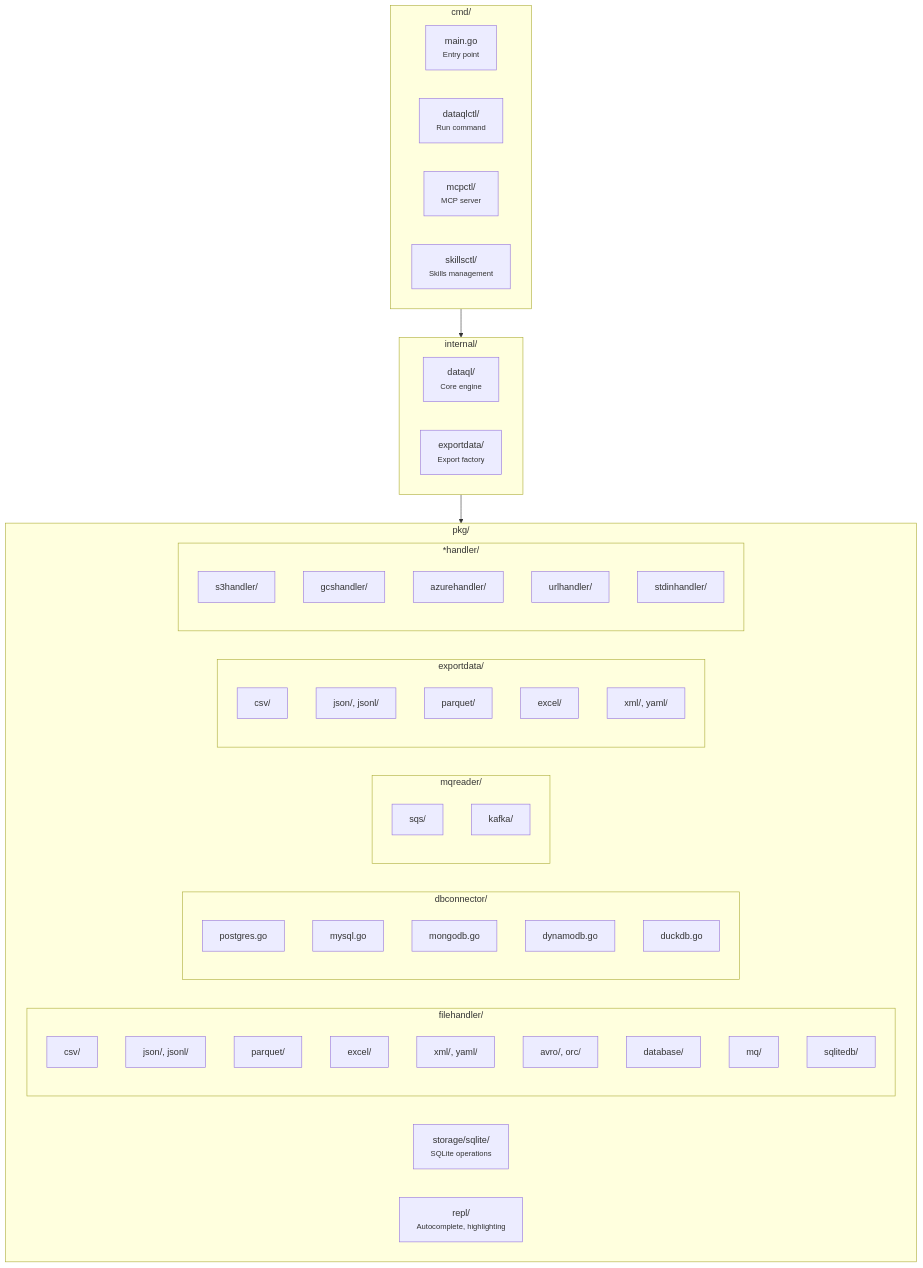
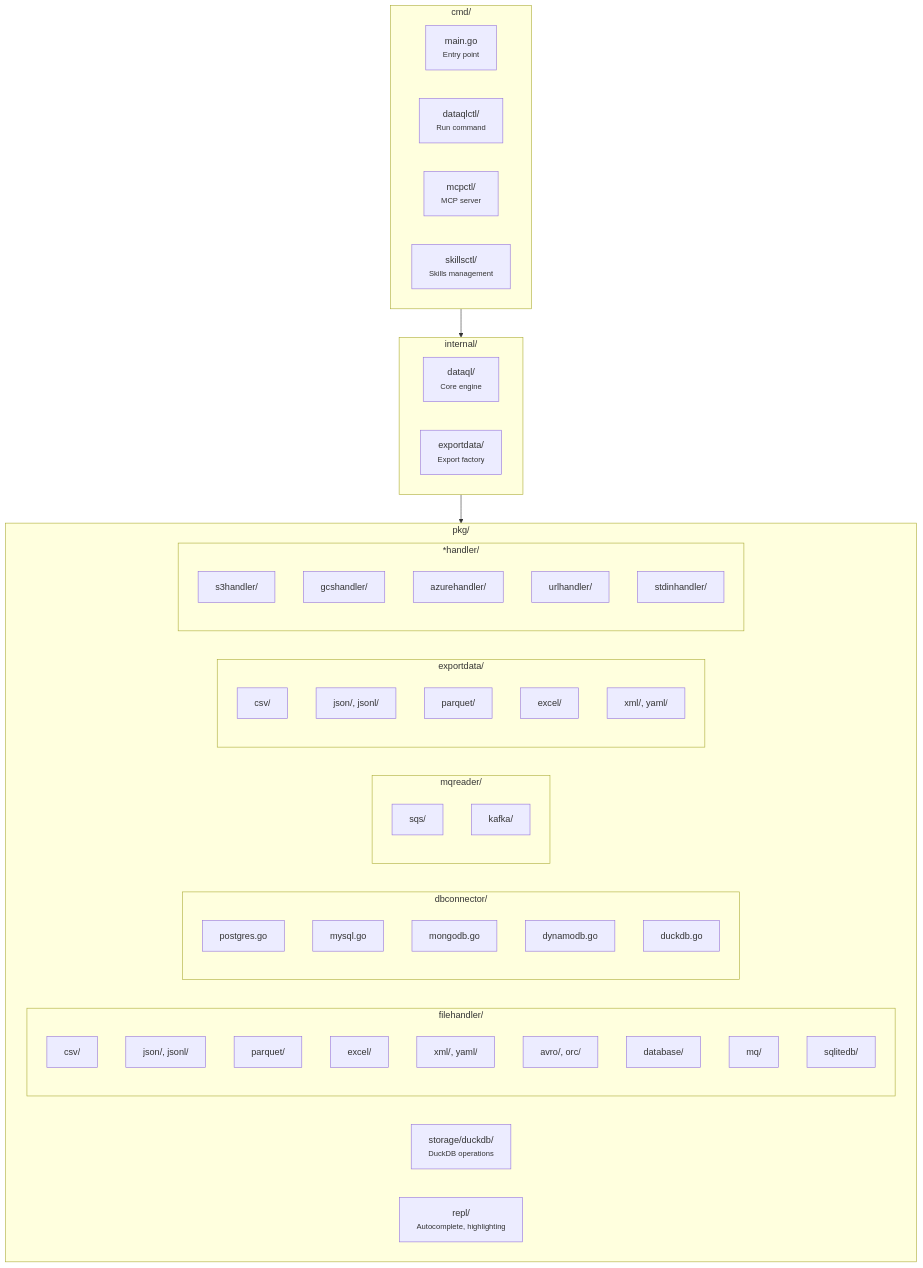
Before and after one commit to adrianolaselva/dataql: the third of 6 diagrams in docs/architecture.md, drawn with Mermaid. The commit also changed other lines of this file and 32 other files, not shown here.

First line of the commit message:
feat: migrate storage engine from SQLite to DuckDB

````diff
--- a/docs/architecture.md
+++ b/docs/architecture.md
@@ -197,63 +197,63 @@
 ```mermaid
 flowchart TB
     subgraph CMD["cmd/"]
         main["main.go<br/><small>Entry point</small>"]
         dataqlctl["dataqlctl/<br/><small>Run command</small>"]
         mcpctl["mcpctl/<br/><small>MCP server</small>"]
         skillsctl["skillsctl/<br/><small>Skills management</small>"]
     end
 
     subgraph INTERNAL["internal/"]
         dataql["dataql/<br/><small>Core engine</small>"]
         exportdata_int["exportdata/<br/><small>Export factory</small>"]
     end
 
     subgraph PKG["pkg/"]
         subgraph FH["filehandler/"]
             fh_csv["csv/"]
             fh_json["json/, jsonl/"]
             fh_parquet["parquet/"]
             fh_excel["excel/"]
             fh_xml["xml/, yaml/"]
             fh_avro["avro/, orc/"]
             fh_db["database/"]
             fh_mq["mq/"]
             fh_sqlite["sqlitedb/"]
         end
 
         subgraph DBC["dbconnector/"]
             dbc_pg["postgres.go"]
             dbc_mysql["mysql.go"]
             dbc_mongo["mongodb.go"]
             dbc_dynamo["dynamodb.go"]
             dbc_duck["duckdb.go"]
         end
 
         subgraph MQR["mqreader/"]
             mqr_sqs["sqs/"]
             mqr_kafka["kafka/"]
         end
 
         subgraph EXP["exportdata/"]
             exp_csv["csv/"]
             exp_json["json/, jsonl/"]
             exp_parquet["parquet/"]
             exp_excel["excel/"]
             exp_xml["xml/, yaml/"]
         end
 
-        storage["storage/sqlite/<br/><small>SQLite operations</small>"]
+        storage["storage/duckdb/<br/><small>DuckDB operations</small>"]
         repl["repl/<br/><small>Autocomplete, highlighting</small>"]
 
         subgraph HANDLERS["*handler/"]
             h_s3["s3handler/"]
             h_gcs["gcshandler/"]
             h_azure["azurehandler/"]
             h_url["urlhandler/"]
             h_stdin["stdinhandler/"]
         end
     end
 
     CMD --> INTERNAL
     INTERNAL --> PKG
 ```
````
